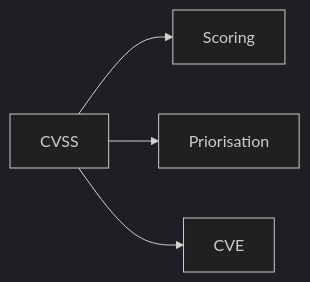
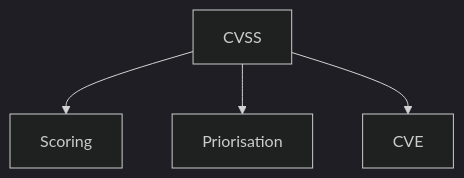
Before and after one commit to zyrass/omnydocs: the tenth of 42 diagrams in docs/glossaire/cybersecurite.md, drawn with Mermaid (dark theme). The commit also changed other lines of this file and 1780 other files, not shown here.

````diff
--- a/docs/glossaire/cybersecurite.md
+++ b/docs/glossaire/cybersecurite.md
@@ -207,6 +249,6 @@
-    ```mermaid
-    graph LR
-        A[CVSS] --> B[Scoring]
-        A --> C[Priorisation]
-        A --> D[CVE]
-    ```
+```mermaid
+graph TB
+    A[CVSS] --> B[Scoring]
+    A --> C[Priorisation]
+    A --> D[CVE]
+```
````
